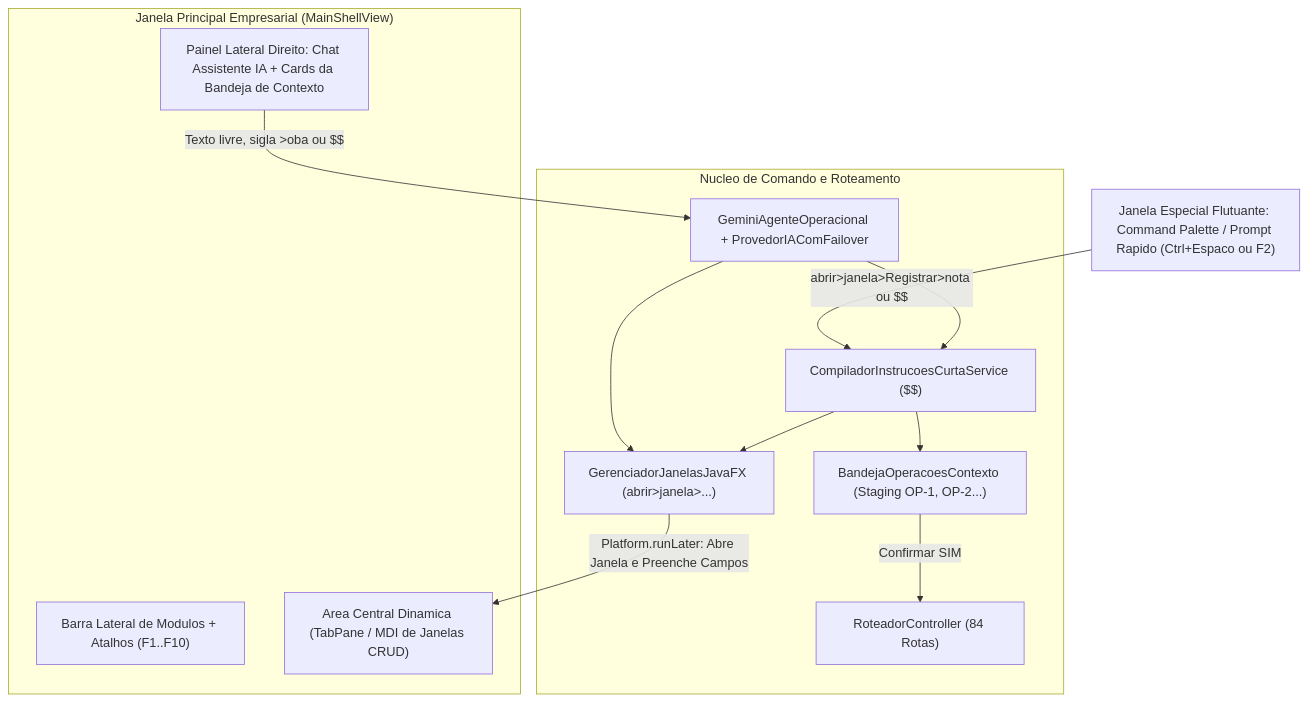
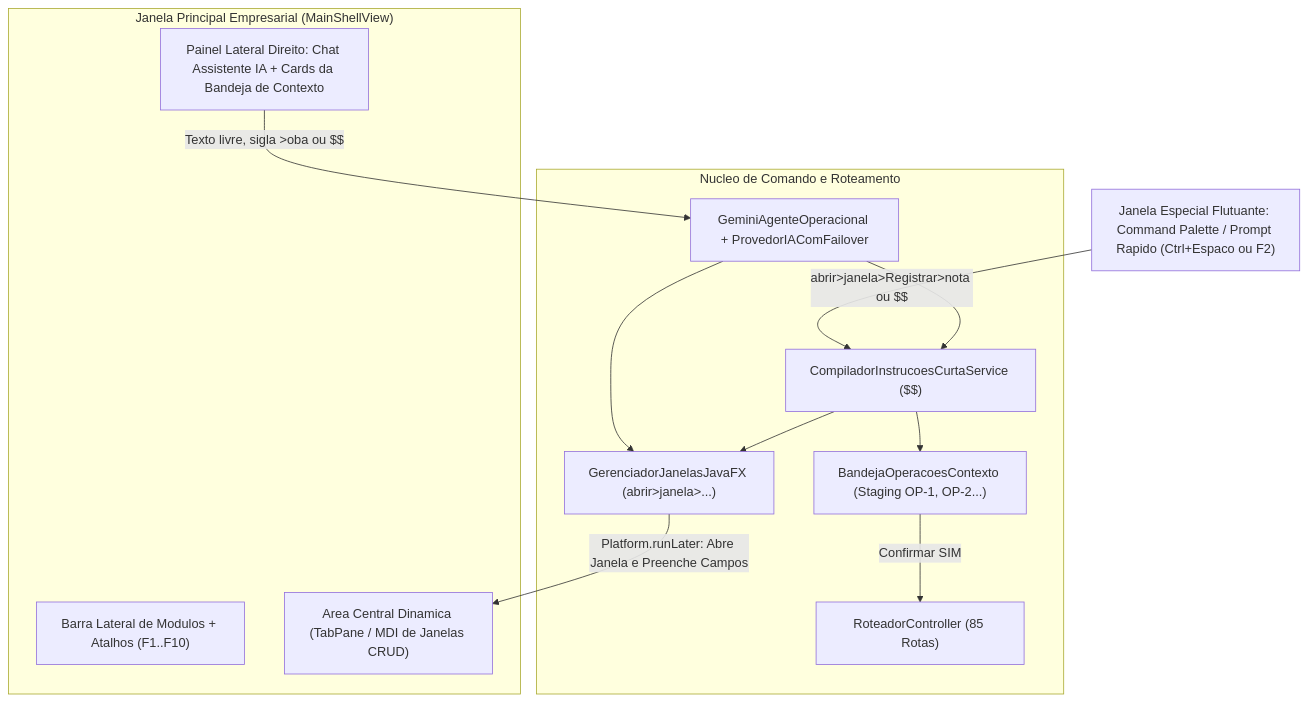
One commit to IgorUchoasCODE/PDV_java_Senac_Poo changed the diagram in docs/planejamentoJavaFXETestesComplexos.md. Above: the diagram before and after it, drawn with Mermaid. The commit also changed other lines of this file and 2 other files, not shown here.

First line of the commit message:
docs: atualiza arquitetura de rotas, planejamento e gera PDF completo com diagramas

````diff
--- a/docs/planejamentoJavaFXETestesComplexos.md
+++ b/docs/planejamentoJavaFXETestesComplexos.md
@@ -397,27 +397,27 @@
 ```mermaid
 flowchart TB
     subgraph Shell["Janela Principal Empresarial (MainShellView)"]
         Menu["Barra Lateral de Modulos + Atalhos (F1..F10)"]
         Workspace["Area Central Dinamica (TabPane / MDI de Janelas CRUD)"]
         ChatDock["Painel Lateral Direito: Chat Assistente IA + Cards da Bandeja de Contexto"]
     end
 
     Spotlight["Janela Especial Flutuante: Command Palette / Prompt Rapido (Ctrl+Espaco ou F2)"]
 
     subgraph Core["Nucleo de Comando e Roteamento"]
         Agente["GeminiAgenteOperacional + ProvedorIAComFailover"]
         Compilador["CompiladorInstrucoesCurtaService ($$)"]
         GerenciadorUI["GerenciadorJanelasJavaFX (abrir>janela>...)"]
         Bandeja["BandejaOperacoesContexto (Staging OP-1, OP-2...)"]
-        Roteador["RoteadorController (84 Rotas)"]
+        Roteador["RoteadorController (85 Rotas)"]
     end
 
     ChatDock -->|Texto livre, sigla >oba ou $$| Agente
     Spotlight -->|abrir>janela>Registrar>nota ou $$| Compilador
     Agente --> Compilador
     Agente --> GerenciadorUI
     Compilador --> GerenciadorUI
     Compilador --> Bandeja
     GerenciadorUI -->|Platform.runLater: Abre Janela e Preenche Campos| Workspace
     Bandeja -->|Confirmar SIM| Roteador
 ```
````
